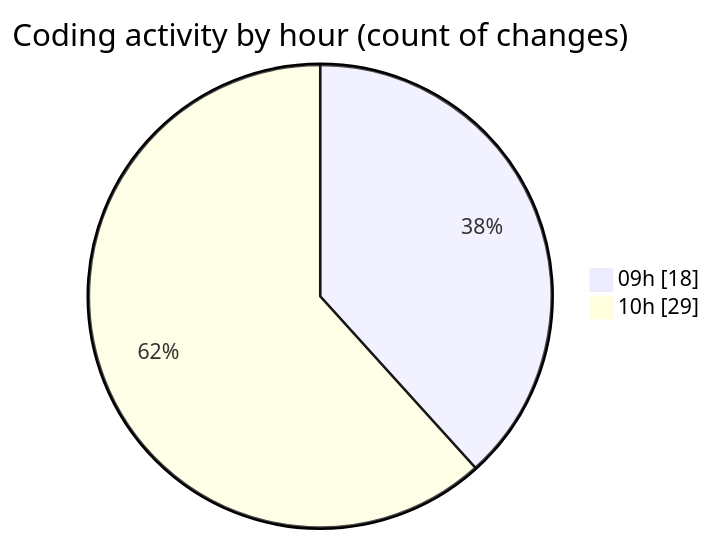
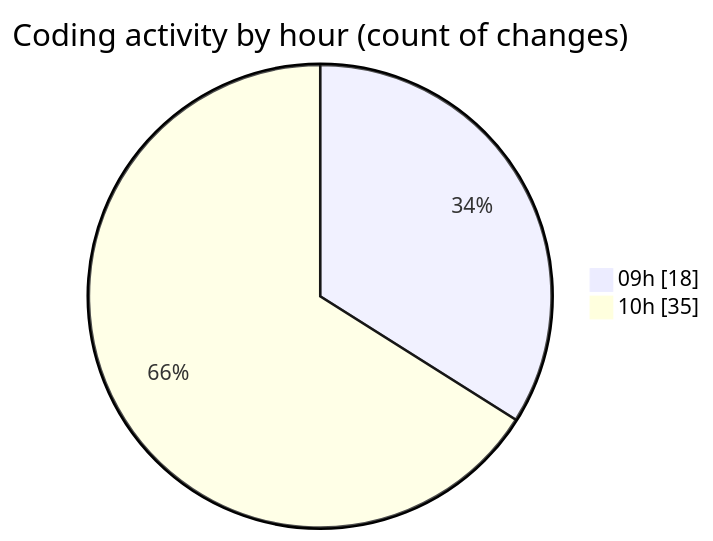
The second of 2 diagrams in 2025-03-21/cda/README.md (momahboobian/code-tracking), drawn with Mermaid before and after one commit. The commit also changed other lines of this file and 1 other file, not shown here.

````diff
--- a/2025-03-21/cda/README.md
+++ b/2025-03-21/cda/README.md
@@ -34,6 +34,6 @@
 ```mermaid
 pie showData
 title Coding activity by hour (count of changes)
 "09h" : 18
-"10h" : 29
+"10h" : 35
 ```
````
